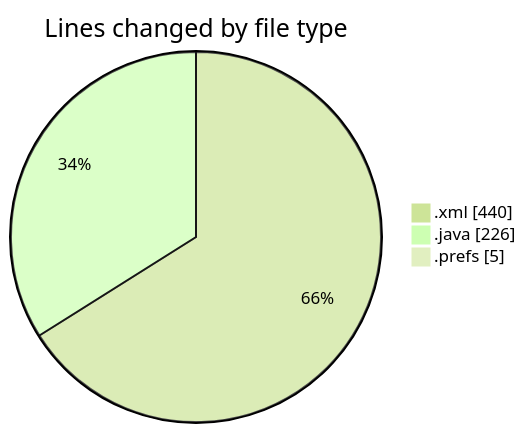
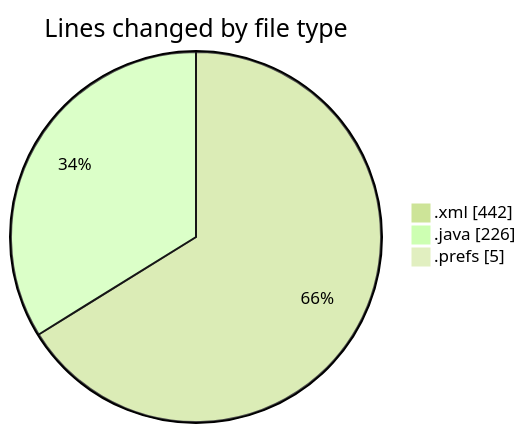
One commit to ricardozamudiocil/code-tracking changed the first of 2 diagrams in 2026-06-22/cilreports__workspace_/README.md. Above: the diagram before and after it, drawn with Mermaid (forest theme). The commit also changed other lines of this file and 1 other file, not shown here.

````diff
--- a/2026-06-22/cilreports__workspace_/README.md
+++ b/2026-06-22/cilreports__workspace_/README.md
@@ -23,7 +23,7 @@
 ```mermaid
 pie showData
 title Lines changed by file type
-".xml" : 440
+".xml" : 442
 ".java" : 226
 ".prefs" : 5
 ```
````
